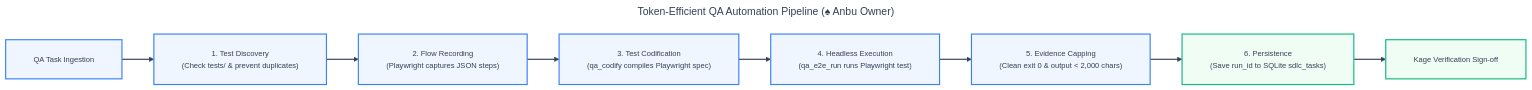
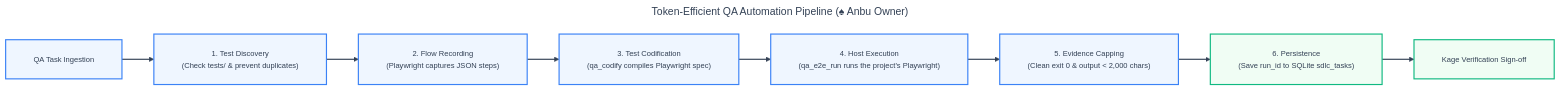
Before and after one commit to andycungkrinx91/konoha: the seventh of 19 diagrams in docs/ALL-WORKFLOW-DIAGRAMS.md, drawn with Mermaid. The commit also changed 3 other files, not shown here.

First line of the commit message:
docs(diagrams): retire the last live-Docker QA claim

````diff
--- a/docs/ALL-WORKFLOW-DIAGRAMS.md
+++ b/docs/ALL-WORKFLOW-DIAGRAMS.md
@@ -449,41 +449,41 @@
 ```mermaid
 ---
 title: Token-Efficient QA Automation Pipeline (♠ Anbu Owner)
 config:
   theme: base
   themeVariables:
     darkMode: false
     background: '#ffffff'
     mainBkg: '#eff6ff'
     primaryColor: '#eff6ff'
     primaryTextColor: '#334155'
     primaryBorderColor: '#3b82f6'
     lineColor: '#334155'
     arrowheadColor: '#334155'
     secondaryColor: '#f8fafc'
     tertiaryColor: '#f0fdf4'
     fontFamily: 'Inter, system-ui, -apple-system, sans-serif'
     fontSize: '13px'
   flowchart:
     nodeSpacing: 45
     rankSpacing: 55
     padding: 24
     wrappingWidth: 380
 ---
 flowchart LR
     Start["QA Task Ingestion"] --> S1["1. Test Discovery<br/>(Check tests/ &amp; prevent duplicates)"]
     S1 --> S2["2. Flow Recording<br/>(Playwright captures JSON steps)"]
     S2 --> S3["3. Test Codification<br/>(qa_codify compiles Playwright spec)"]
-    S3 --> S4["4. Headless Execution<br/>(qa_e2e_run runs Playwright test)"]
+    S3 --> S4["4. Host Execution<br/>(qa_e2e_run runs the project's Playwright)"]
     S4 --> S5["5. Evidence Capping<br/>(Clean exit 0 &amp; output &lt; 2,000 chars)"]
     S5 --> S6["6. Persistence<br/>(Save run_id to SQLite sdlc_tasks)"]
     S6 --> Done["Kage Verification Sign-off"]
 
     linkStyle default stroke:#334155,stroke-width:2px;
 
     classDef stepNode fill:#eff6ff,stroke:#3b82f6,color:#334155,stroke-width:2px;
     classDef passNode fill:#f0fdf4,stroke:#10b981,color:#334155,stroke-width:2px;
 
     class Start,S1,S2,S3,S4,S5 stepNode;
     class S6,Done passNode;
 ```
````
